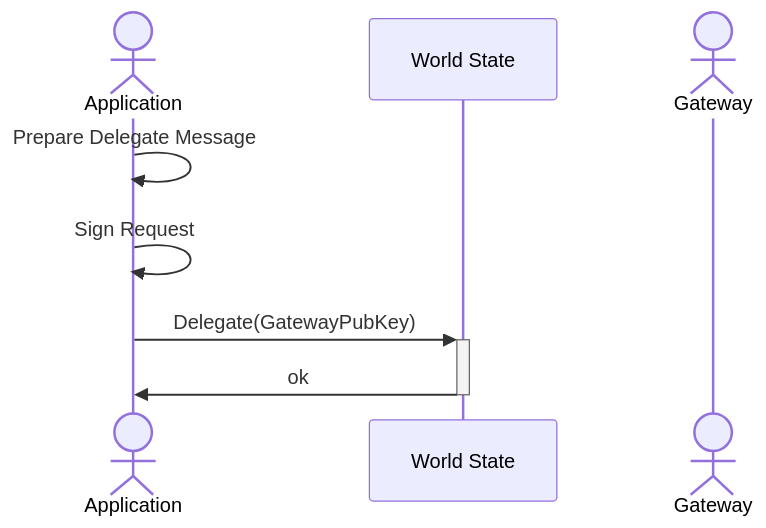
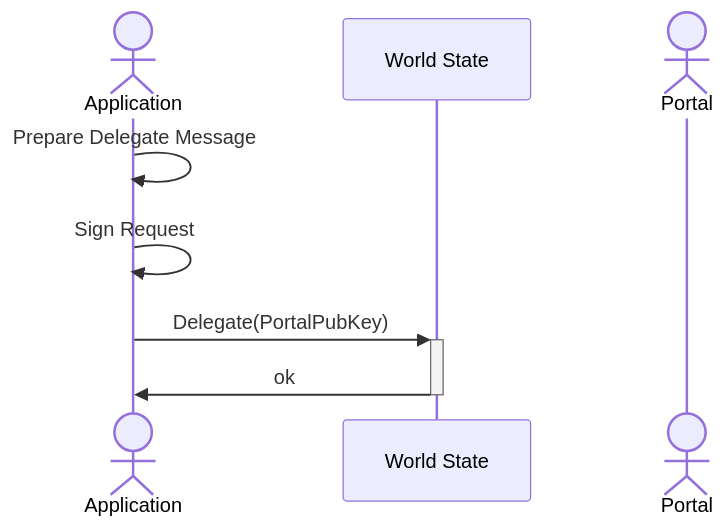
One commit to pokt-network/pocket-network-protocol changed diagram 13 of 16 in utility/README.md. Above: the diagram before and after it, drawn with Mermaid. The commit also changed other lines of this file and 1 other file, not shown here.

Commit message:
Rename Gateway to Portal

````diff
--- a/utility/README.md
+++ b/utility/README.md
@@ -850,12 +850,12 @@
 ```mermaid
 sequenceDiagram
     actor A as Application
     participant WS as World State
-    actor G as Gateway
+    actor G as Portal
 
     A ->> A: Prepare Delegate Message
     A ->> A: Sign Request
 
-    A ->>+ WS: Delegate(GatewayPubKey)
+    A ->>+ WS: Delegate(PortalPubKey)
     WS ->>- A: ok
 ```
````
